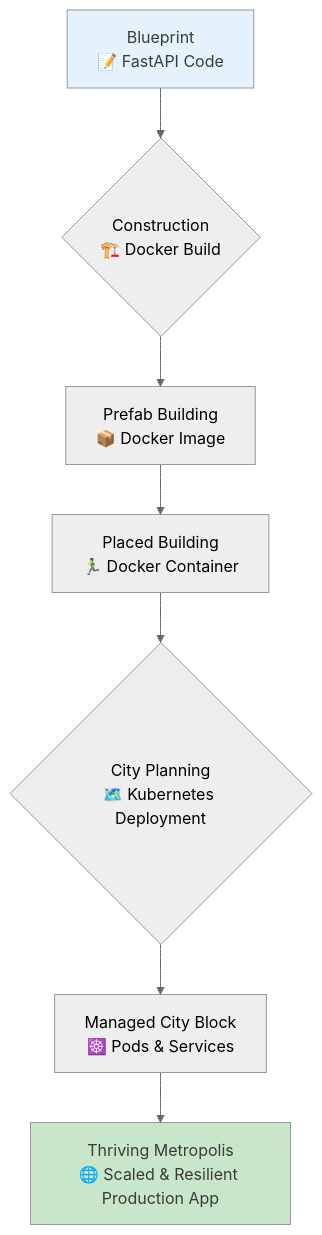
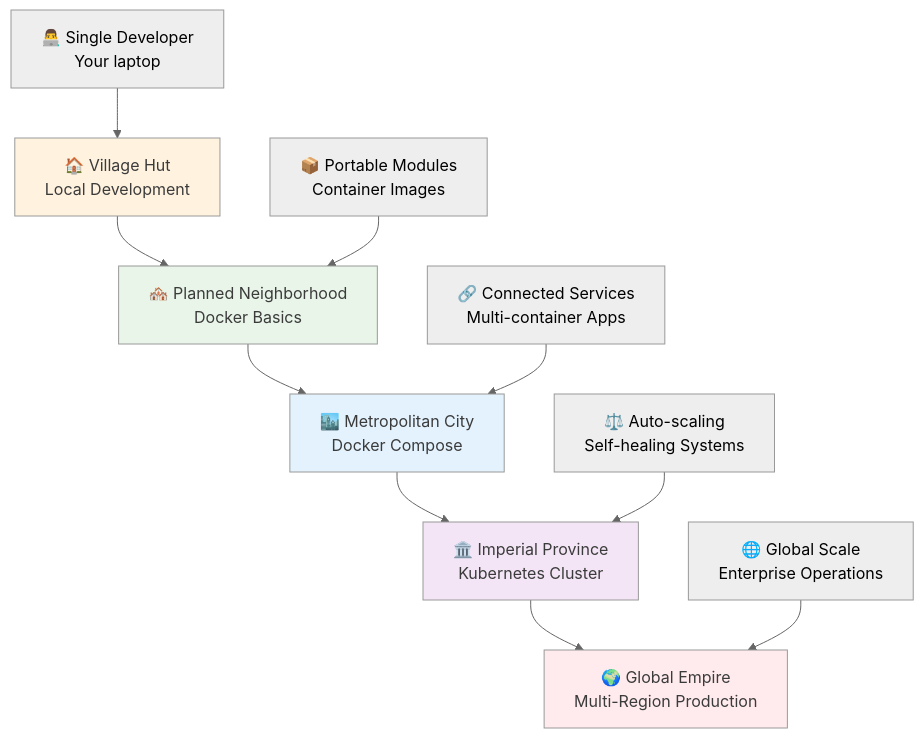
The first of 5 diagrams in app/docs/04_advanced/07-containerization-orchestration-production/page.mdx (ridwanspace/restful-fastapi-guideline), drawn with Mermaid (neutral theme) before and after one commit. The commit also changed other lines of this file, not shown here.

````diff
--- a/app/docs/04_advanced/07-containerization-orchestration-production/page.mdx
+++ b/app/docs/04_advanced/07-containerization-orchestration-production/page.mdx
@@ -19,12 +20,19 @@
 ```mermaid
 graph TD
-    A[Blueprint<br/>📝 FastAPI Code] --> B{Construction<br/>🏗️ Docker Build};
-    B --> C[Prefab Building<br/>📦 Docker Image];
-    C --> D[Placed Building<br/>🏃‍♂️ Docker Container];
-    D --> E{City Planning<br/>🗺️ Kubernetes Deployment};
-    E --> F[Managed City Block<br/>☸️ Pods & Services];
-    F --> G[Thriving Metropolis<br/>🌐 Scaled & Resilient Production App];
-
-    style A fill:#e3f2fd,color:#3b3b3b
-    style G fill:#c8e6c9,color:#3b3b3b
+    A[🏠 Village Hut<br/>Local Development] --> B[🏘️ Planned Neighborhood<br/>Docker Basics]
+    B --> C[🏙️ Metropolitan City<br/>Docker Compose]
+    C --> D[🏛️ Imperial Province<br/>Kubernetes Cluster]
+    D --> E[🌍 Global Empire<br/>Multi-Region Production]
+    
+    A1[👨‍💻 Single Developer<br/>Your laptop] --> A
+    B1[📦 Portable Modules<br/>Container Images] --> B
+    C1[🔗 Connected Services<br/>Multi-container Apps] --> C
+    D1[⚖️ Auto-scaling<br/>Self-healing Systems] --> D
+    E1[🌐 Global Scale<br/>Enterprise Operations] --> E
+    
+    style A fill:#fff3e0,color:#3b3b3b
+    style B fill:#e8f5e8,color:#3b3b3b
+    style C fill:#e3f2fd,color:#3b3b3b
+    style D fill:#f3e5f5,color:#3b3b3b
+    style E fill:#ffebee,color:#3b3b3b
 ```
````
